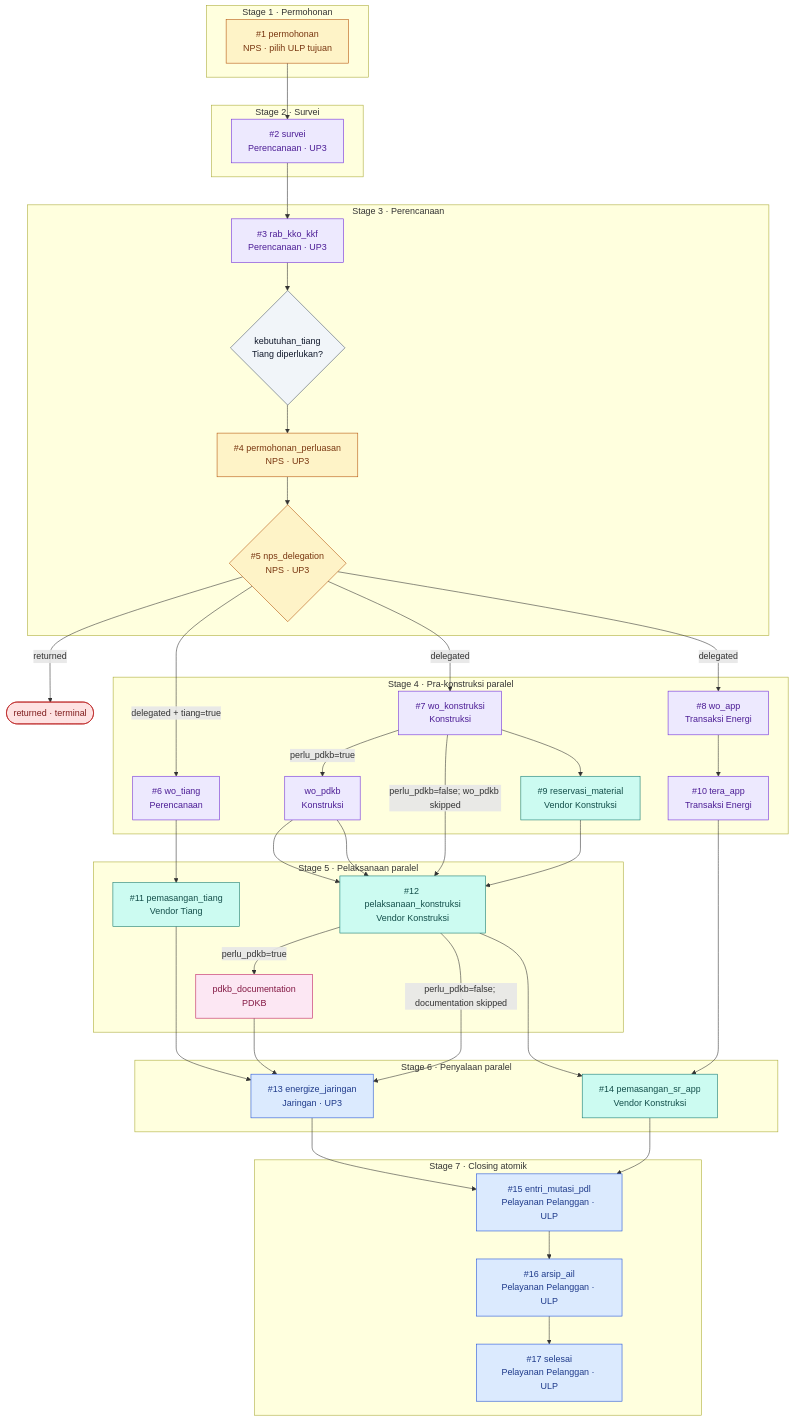
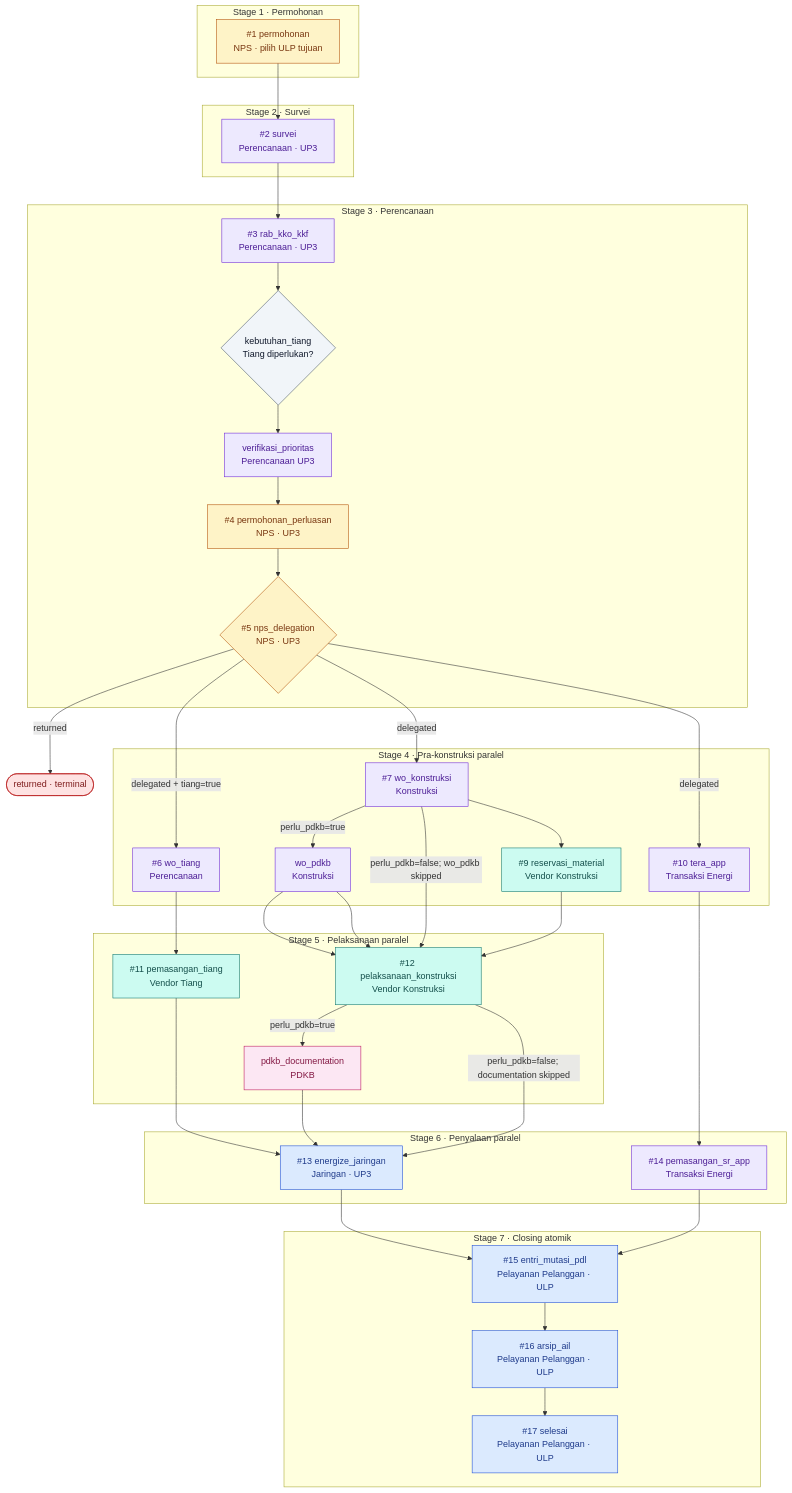
One commit to pln-colabora/colabora-be changed the diagram in docs/architecture/diagrams/02-workflow-plg-tm.md. Above: the diagram before and after it, drawn with Mermaid. The commit also changed 51 other files, not shown here.

````diff
--- a/docs/architecture/diagrams/02-workflow-plg-tm.md
+++ b/docs/architecture/diagrams/02-workflow-plg-tm.md
@@ -9,76 +9,74 @@
 ```mermaid
 flowchart TD
   classDef ulp fill:#dbeafe,stroke:#1d4ed8,color:#1e3a8a
   classDef up3 fill:#ede9fe,stroke:#6d28d9,color:#4c1d95
   classDef nps fill:#fef3c7,stroke:#b45309,color:#78350f
   classDef vendor fill:#ccfbf1,stroke:#0f766e,color:#134e4a
   classDef pdkb fill:#fce7f3,stroke:#be185d,color:#831843
   classDef decision fill:#f1f5f9,stroke:#475569,color:#0f172a
   classDef terminal fill:#fee2e2,stroke:#b91c1c,color:#7f1d1d
 
   subgraph S1["Stage 1 · Permohonan"]
     permohonan["#1 permohonan<br/>NPS · pilih ULP tujuan"]
   end
   subgraph S2["Stage 2 · Survei"]
     survei["#2 survei<br/>Perencanaan · UP3"]
   end
   subgraph S3["Stage 3 · Perencanaan"]
     rab_kko_kkf["#3 rab_kko_kkf<br/>Perencanaan · UP3"]
     kebutuhan_tiang{"kebutuhan_tiang<br/>Tiang diperlukan?"}
+    verifikasi_prioritas["verifikasi_prioritas<br/>Perencanaan UP3"]
     permohonan_perluasan["#4 permohonan_perluasan<br/>NPS · UP3"]
     nps_delegation{"#5 nps_delegation<br/>NPS · UP3"}
   end
   subgraph S4["Stage 4 · Pra-konstruksi paralel"]
     wo_tiang["#6 wo_tiang<br/>Perencanaan"]
     wo_konstruksi["#7 wo_konstruksi<br/>Konstruksi"]
     wo_pdkb["wo_pdkb<br/>Konstruksi"]
-    wo_app["#8 wo_app<br/>Transaksi Energi"]
     reservasi_material["#9 reservasi_material<br/>Vendor Konstruksi"]
     tera_app["#10 tera_app<br/>Transaksi Energi"]
   end
   subgraph S5["Stage 5 · Pelaksanaan paralel"]
     pemasangan_tiang["#11 pemasangan_tiang<br/>Vendor Tiang"]
     pelaksanaan_konstruksi["#12 pelaksanaan_konstruksi<br/>Vendor Konstruksi"]
     pdkb_documentation["pdkb_documentation<br/>PDKB"]
   end
   subgraph S6["Stage 6 · Penyalaan paralel"]
     energize_jaringan["#13 energize_jaringan<br/>Jaringan · UP3"]
-    pemasangan_sr_app["#14 pemasangan_sr_app<br/>Vendor Konstruksi"]
+    pemasangan_sr_app["#14 pemasangan_sr_app<br/>Transaksi Energi"]
   end
   subgraph S7["Stage 7 · Closing atomik"]
     entri_mutasi_pdl["#15 entri_mutasi_pdl<br/>Pelayanan Pelanggan · ULP"]
     arsip_ail["#16 arsip_ail<br/>Pelayanan Pelanggan · ULP"]
     selesai["#17 selesai<br/>Pelayanan Pelanggan · ULP"]
   end
   returned(["returned · terminal"])
 
-  permohonan --> survei --> rab_kko_kkf --> kebutuhan_tiang --> permohonan_perluasan --> nps_delegation
+  permohonan --> survei --> rab_kko_kkf --> kebutuhan_tiang --> verifikasi_prioritas --> permohonan_perluasan --> nps_delegation
   nps_delegation -->|returned| returned
   nps_delegation -->|delegated + tiang=true| wo_tiang
   nps_delegation -->|delegated| wo_konstruksi
-  nps_delegation -->|delegated| wo_app
+  nps_delegation -->|delegated| tera_app
   wo_tiang --> pemasangan_tiang
   wo_konstruksi -->|perlu_pdkb=true| wo_pdkb --> pelaksanaan_konstruksi
   wo_konstruksi -->|perlu_pdkb=false; wo_pdkb skipped| pelaksanaan_konstruksi
   wo_pdkb --> pelaksanaan_konstruksi
   wo_konstruksi --> reservasi_material --> pelaksanaan_konstruksi
-  wo_app --> tera_app
   pemasangan_tiang --> energize_jaringan
   pelaksanaan_konstruksi -->|perlu_pdkb=true| pdkb_documentation
   pelaksanaan_konstruksi -->|perlu_pdkb=false; documentation skipped| energize_jaringan
   pdkb_documentation --> energize_jaringan
-  pelaksanaan_konstruksi --> pemasangan_sr_app
   tera_app --> pemasangan_sr_app
   energize_jaringan --> entri_mutasi_pdl
   pemasangan_sr_app --> entri_mutasi_pdl
   entri_mutasi_pdl --> arsip_ail --> selesai
 
   class energize_jaringan,entri_mutasi_pdl,arsip_ail,selesai ulp
-  class survei,rab_kko_kkf,wo_tiang,wo_konstruksi,wo_pdkb,wo_app,tera_app up3
+  class survei,rab_kko_kkf,wo_tiang,wo_konstruksi,wo_pdkb,tera_app,verifikasi_prioritas,pemasangan_sr_app up3
   class reservasi_material vendor
   class permohonan,permohonan_perluasan,nps_delegation nps
-  class pemasangan_tiang,pelaksanaan_konstruksi,pemasangan_sr_app vendor
+  class pemasangan_tiang,pelaksanaan_konstruksi vendor
   class pdkb_documentation pdkb
   class kebutuhan_tiang decision
   class returned terminal
 ```
````
